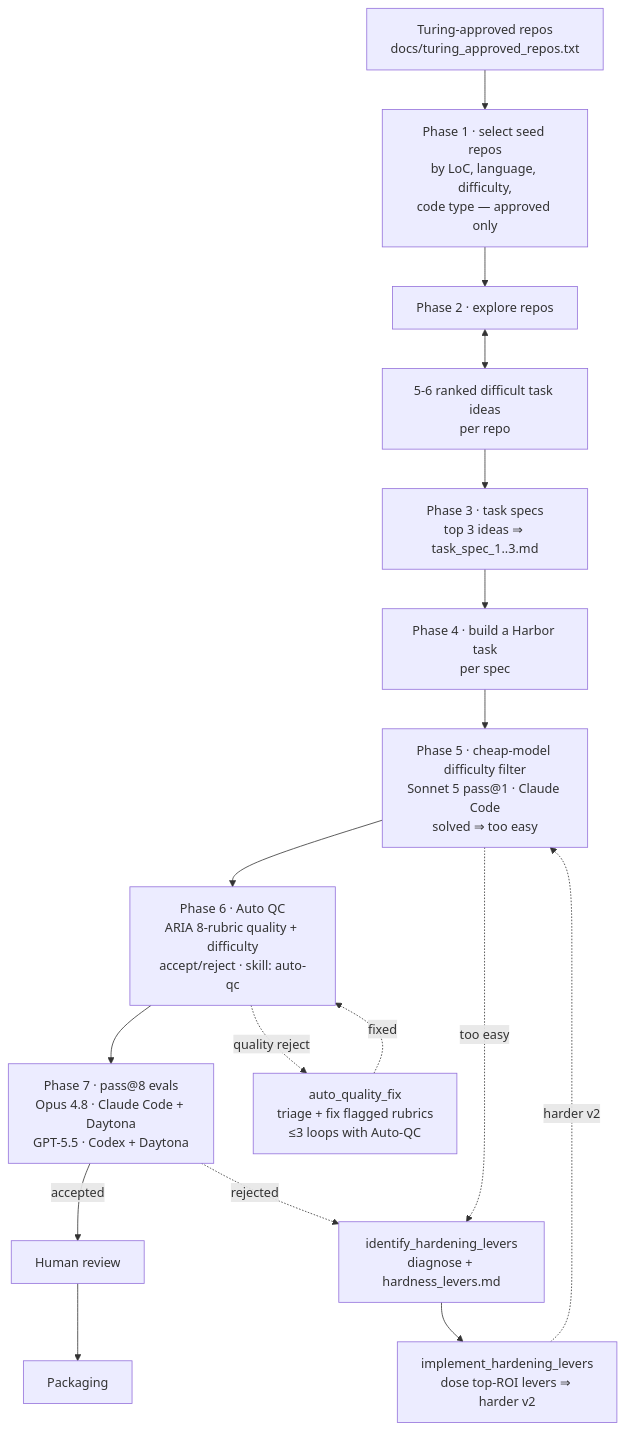
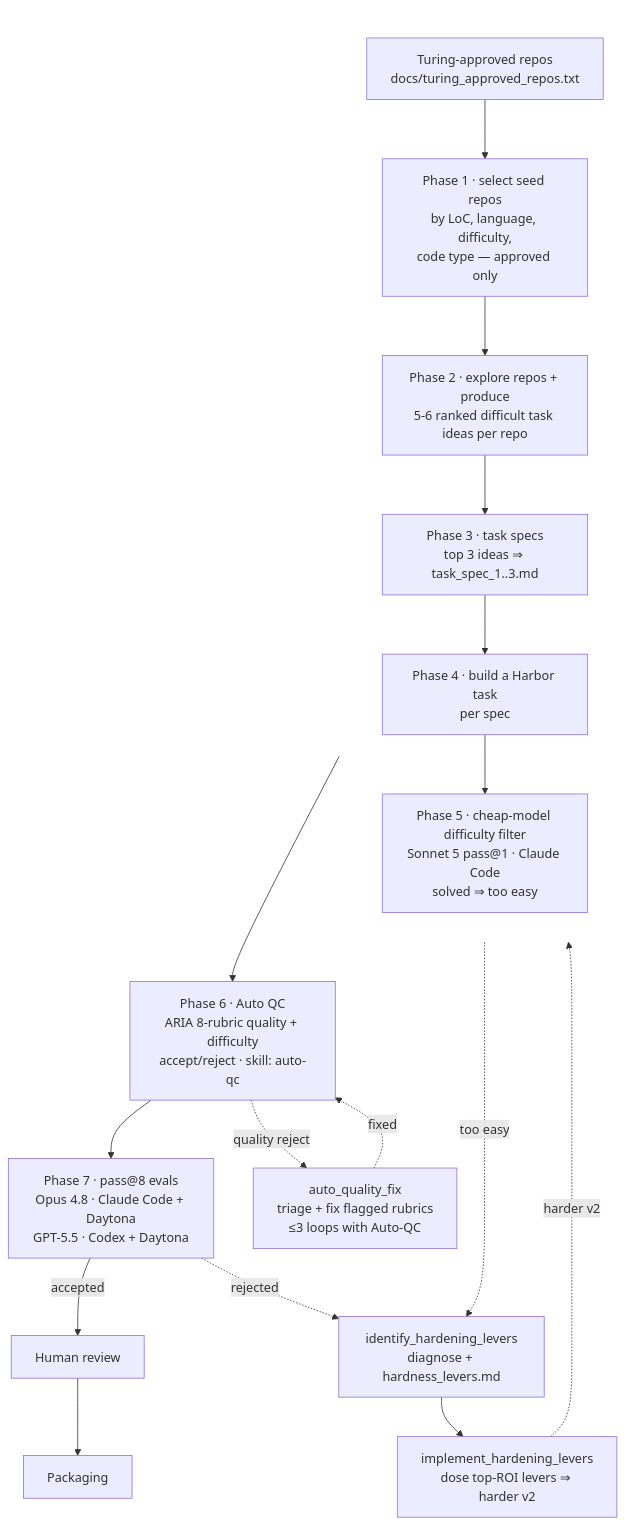
Before and after one commit to vivekp-turing/dataset_task_creation: the diagram in README.md, drawn with Mermaid.

Commit message:
minor edits

````diff
--- a/README.md
+++ b/README.md
@@ -79,19 +79,22 @@
 ```mermaid
 flowchart TD
-    A[Turing-approved repos<br/>docs/turing_approved_repos.txt] --> B[Phase 1 · select seed repos<br/>by LoC, language, difficulty,<br/>code type — approved only]
-    B --> C[Phase 2 · explore repos]
-    C <--> D[5-6 ranked difficult task ideas<br/>per repo]
-    D --> E[Phase 3 · task specs<br/>top 3 ideas ⇒ task_spec_1..3.md]
-    E --> F[Phase 4 · build a Harbor task<br/>per spec]
-    F --> G[Phase 5 · cheap-model difficulty filter<br/>Sonnet 5 pass@1 · Claude Code<br/>solved ⇒ too easy]
+    subgraph CORE[" "]
+        direction TB
+        A[Turing-approved repos<br/>docs/turing_approved_repos.txt] --> B[Phase 1 · select seed repos<br/>by LoC, language, difficulty,<br/>code type — approved only]
+        B --> C[Phase 2 · explore repos + produce<br/>5-6 ranked difficult task ideas per repo]
+        C --> E[Phase 3 · task specs<br/>top 3 ideas ⇒ task_spec_1..3.md]
+        E --> F[Phase 4 · build a Harbor task<br/>per spec]
+        F --> G[Phase 5 · cheap-model difficulty filter<br/>Sonnet 5 pass@1 · Claude Code<br/>solved ⇒ too easy]
+    end
+    style CORE fill:none,stroke:none
     G --> H[Phase 6 · Auto QC<br/>ARIA 8-rubric quality + difficulty<br/>accept/reject · skill: auto-qc]
     H --> I[Phase 7 · pass@8 evals<br/>Opus 4.8 · Claude Code + Daytona<br/>GPT-5.5 · Codex + Daytona]
     I -->|accepted| HR[Human review]
     HR --> PK[Packaging]
     G -.too easy.-> Z1[identify_hardening_levers<br/>diagnose + hardness_levers.md]
     I -.rejected.-> Z1
     Z1 --> Z2[implement_hardening_levers<br/>dose top-ROI levers ⇒ harder v2]
     Z2 -.harder v2.-> G
     H -.quality reject.-> Q[auto_quality_fix<br/>triage + fix flagged rubrics<br/>≤3 loops with Auto-QC]
     Q -.fixed.-> H
 ```
````
